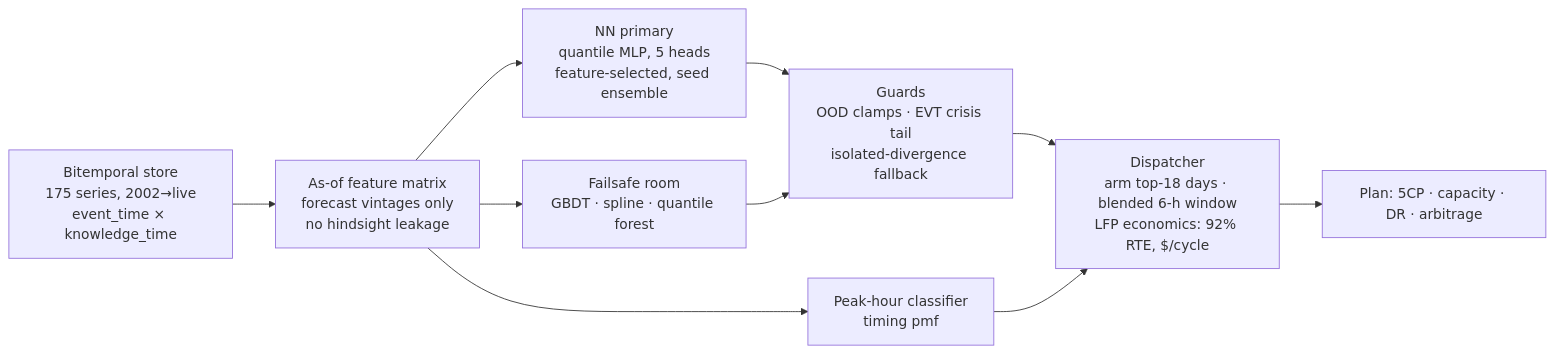
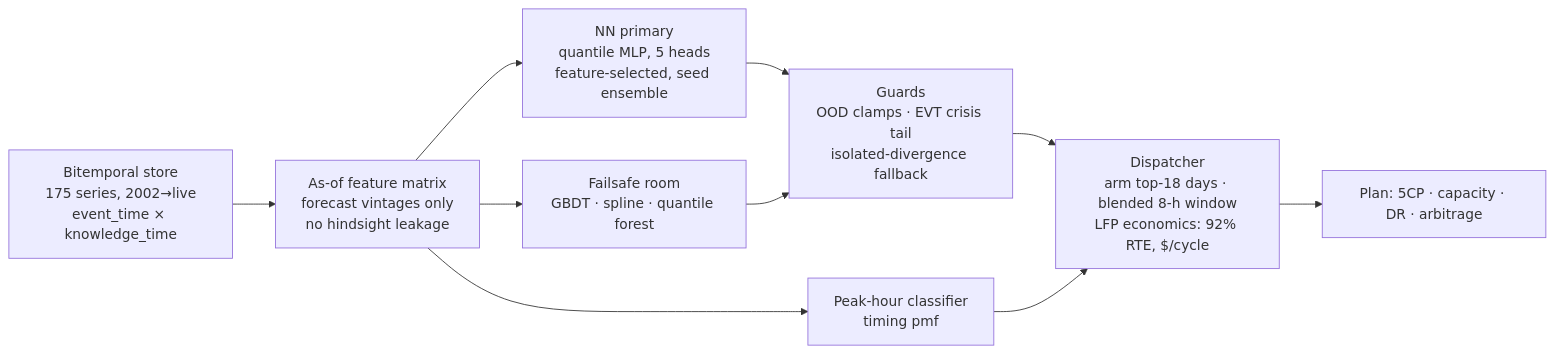
Before and after one commit to samridhsood1/aurivest-engine: the diagram in README.md, drawn with Mermaid. The commit also changed other lines of this file, not shown here.

````diff
--- a/README.md
+++ b/README.md
@@ -58,12 +72,12 @@
 ```mermaid
 flowchart LR
     A[Bitemporal store<br/>175 series, 2002→live<br/>event_time × knowledge_time] --> B[As-of feature matrix<br/>forecast vintages only<br/>no hindsight leakage]
     B --> C[NN primary<br/>quantile MLP, 5 heads<br/>feature-selected, seed ensemble]
     B --> D[Failsafe room<br/>GBDT · spline · quantile forest]
     C --> E[Guards<br/>OOD clamps · EVT crisis tail<br/>isolated-divergence fallback]
     D --> E
     B --> F[Peak-hour classifier<br/>timing pmf]
-    E --> G[Dispatcher<br/>arm top-18 days · blended 6-h window<br/>LFP economics: 92% RTE, $/cycle]
+    E --> G[Dispatcher<br/>arm top-18 days · blended 8-h window<br/>LFP economics: 92% RTE, $/cycle]
     F --> G
     G --> H[Plan: 5CP · capacity · DR · arbitrage]
 ```
````
